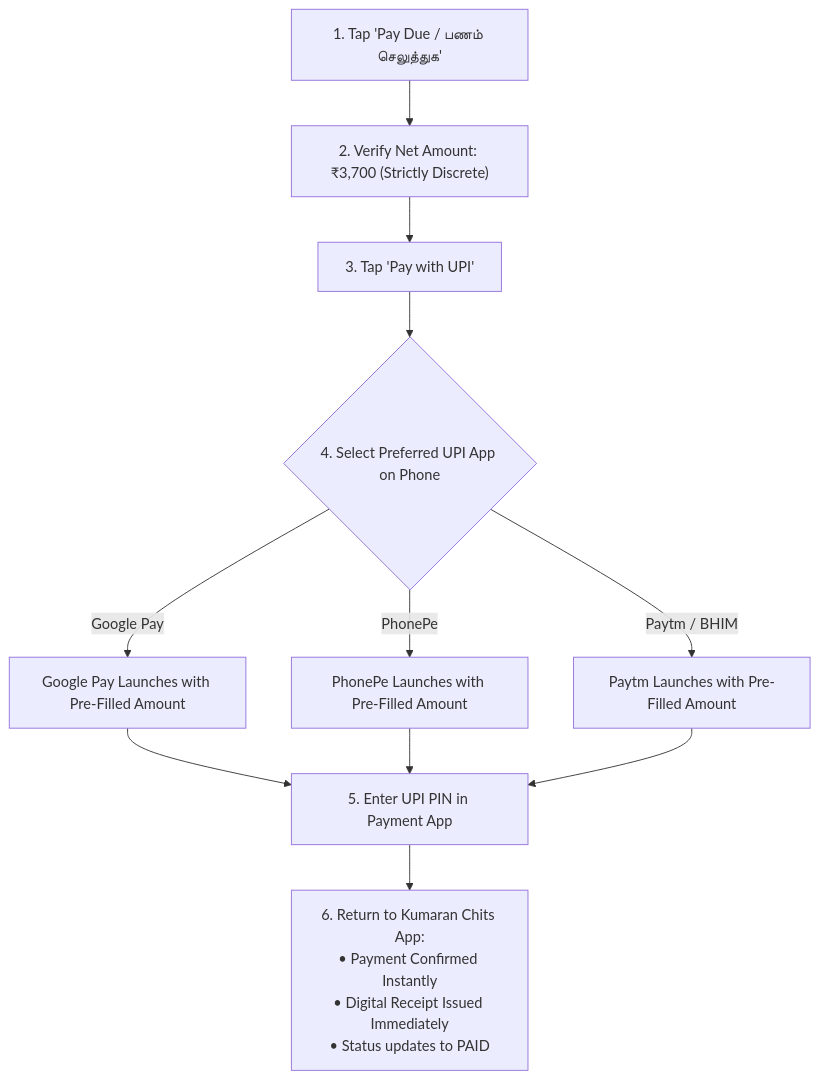
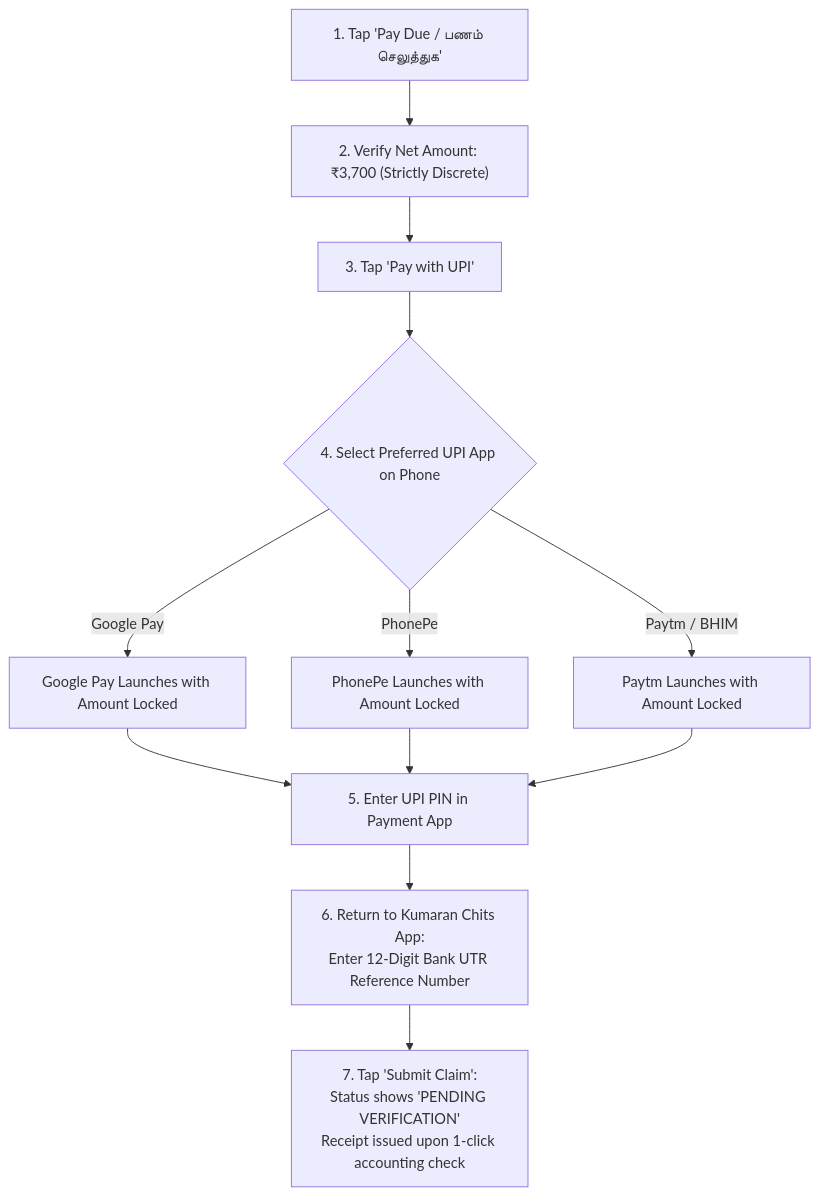
One commit to Kathir-24/Kumaran-finance changed the fourth of 10 diagrams in docs/07-operations/user-manuals/customer-app-guide.md. Above: the diagram before and after it, drawn with Mermaid. The commit also changed other lines of this file and 18 other files, not shown here.

Commit message:
docs: synchronize all architecture, api, testing, and manual specs with native upi and utr uniqueness

````diff
--- a/docs/07-operations/user-manuals/customer-app-guide.md
+++ b/docs/07-operations/user-manuals/customer-app-guide.md
@@ -95,13 +95,14 @@
 ```mermaid
 flowchart TD
     StartPay["1. Tap 'Pay Due / பணம் செலுத்துக'"] --> VerifyAmount["2. Verify Net Amount: ₹3,700 (Strictly Discrete)"]
     VerifyAmount --> TapUPI["3. Tap 'Pay with UPI'"]
     TapUPI --> SelectApp{"4. Select Preferred UPI App on Phone"}
-    SelectApp -- "Google Pay" --> GPay["Google Pay Launches with Pre-Filled Amount"]
-    SelectApp -- "PhonePe" --> PhonePe["PhonePe Launches with Pre-Filled Amount"]
-    SelectApp -- "Paytm / BHIM" --> Paytm["Paytm Launches with Pre-Filled Amount"]
+    SelectApp -- "Google Pay" --> GPay["Google Pay Launches with Amount Locked"]
+    SelectApp -- "PhonePe" --> PhonePe["PhonePe Launches with Amount Locked"]
+    SelectApp -- "Paytm / BHIM" --> Paytm["Paytm Launches with Amount Locked"]
     GPay --> EnterPIN["5. Enter UPI PIN in Payment App"]
     PhonePe --> EnterPIN
     Paytm --> EnterPIN
-    EnterPIN --> Callback["6. Return to Kumaran Chits App:\n• Payment Confirmed Instantly\n• Digital Receipt Issued Immediately\n• Status updates to PAID"]
+    EnterPIN --> ReturnApp["6. Return to Kumaran Chits App:\nEnter 12-Digit Bank UTR Reference Number"]
+    ReturnApp --> SubmitClaim["7. Tap 'Submit Claim':\nStatus shows 'PENDING VERIFICATION'\nReceipt issued upon 1-click accounting check"]
 ```
````
